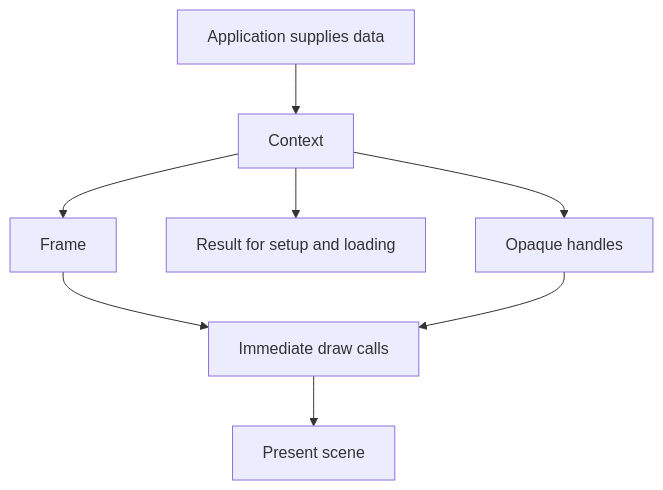
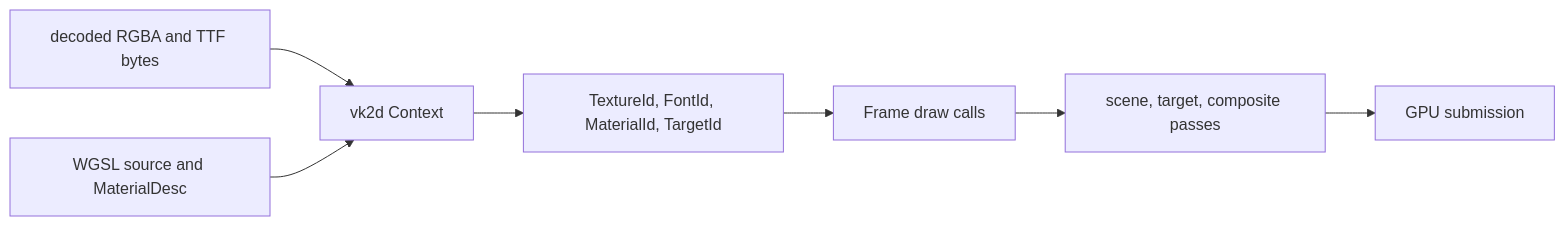
One commit to soulwax/EchoWiki changed the fifth of 6 diagrams in src/content/docs/pages/architecture/vulkan-renderer-path.md. Above: the diagram before and after it, drawn with Mermaid. The commit also changed other lines of this file and 17 other files, not shown here.

````diff
--- a/src/content/docs/pages/architecture/vulkan-renderer-path.md
+++ b/src/content/docs/pages/architecture/vulkan-renderer-path.md
@@ -131,15 +183,14 @@
 ```mermaid
-flowchart TB
-    app[Application supplies data]
-    ctx[Context]
-    frame[Frame]
-    draw[Immediate draw calls]
-    present[Present scene]
-    result[Result for setup and loading]
-    handles[Opaque handles]
+flowchart LR
+    bytes["decoded RGBA and TTF bytes"]
+    wgsl["WGSL source and MaterialDesc"]
+    ctx["vk2d Context"]
+    handles["TextureId, FontId, MaterialId, TargetId"]
+    frame["Frame draw calls"]
+    passes["scene, target, composite passes"]
+    gpu["GPU submission"]
 
-    app --> ctx --> frame --> draw --> present
-    ctx --> result
-    ctx --> handles
-    handles --> draw
+    bytes --> ctx
+    wgsl --> ctx
+    ctx --> handles --> frame --> passes --> gpu
 ```
````
